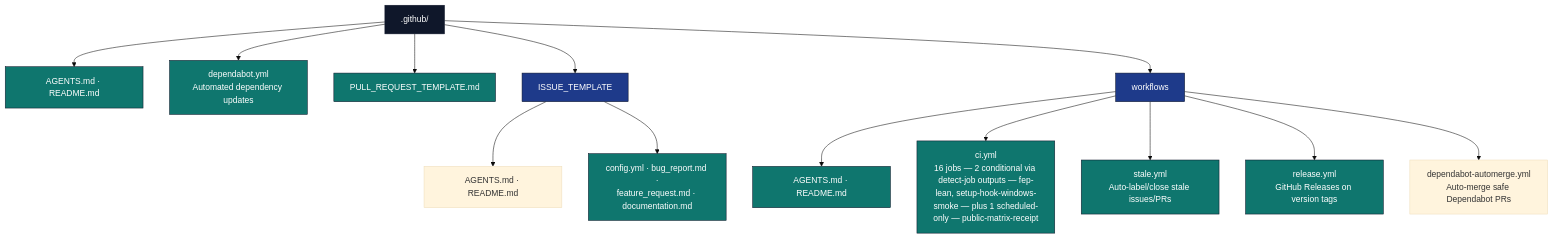
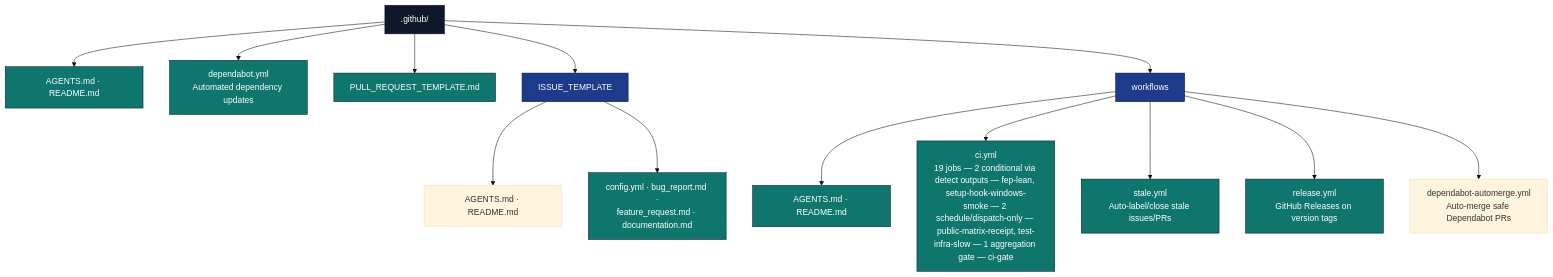
One commit to docxology/template changed the diagram in .github/AGENTS.md. Above: the diagram before and after it, drawn with Mermaid (base theme). The commit also changed other lines of this file and 153 other files, not shown here.

````diff
--- a/.github/AGENTS.md
+++ b/.github/AGENTS.md
@@ -24,25 +24,25 @@
 ```mermaid
 flowchart TB
     GH[.github/]
     GH --> META[AGENTS.md · README.md]
     GH --> DEP[dependabot.yml<br/>Automated dependency updates]
     GH --> PRT[PULL_REQUEST_TEMPLATE.md]
     GH --> ITPL[ISSUE_TEMPLATE]
     GH --> WF[workflows]
 
     ITPL --> ITPL_DOCS[AGENTS.md · README.md]
     ITPL --> ITPL_F[config.yml · bug_report.md ·<br/>feature_request.md · documentation.md]
 
     WF --> WF_DOCS[AGENTS.md · README.md]
-    WF --> WF_CI[ci.yml<br/>16 jobs — 2 conditional via detect-job outputs — fep-lean, setup-hook-windows-smoke — plus 1 scheduled-only — public-matrix-receipt]
+    WF --> WF_CI[ci.yml<br/>19 jobs — 2 conditional via detect outputs — fep-lean, setup-hook-windows-smoke — 2 schedule/dispatch-only — public-matrix-receipt, test-infra-slow — 1 aggregation gate — ci-gate]
     WF --> WF_STALE[stale.yml<br/>Auto-label/close stale issues/PRs]
     WF --> WF_REL[release.yml<br/>GitHub Releases on version tags]
     WF --> WF_DA[dependabot-automerge.yml<br/>Auto-merge safe Dependabot PRs]
 
     classDef d fill:#0f172a,stroke:#0f172a,color:#fff
     classDef pkg fill:#1e3a8a,stroke:#0f172a,color:#fff
     classDef f fill:#0f766e,stroke:#0f172a,color:#fff
     class GH d
     class ITPL,WF pkg
     class META,DEP,PRT,ITPL_F,WF_DOCS,WF_CI,WF_STALE,WF_REL f
 ```
````
